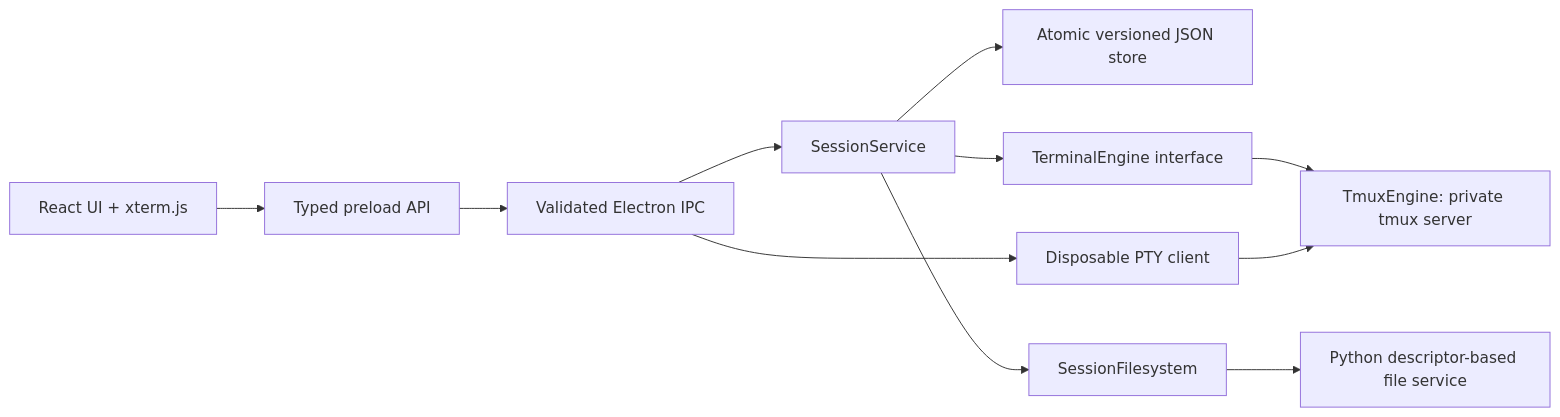
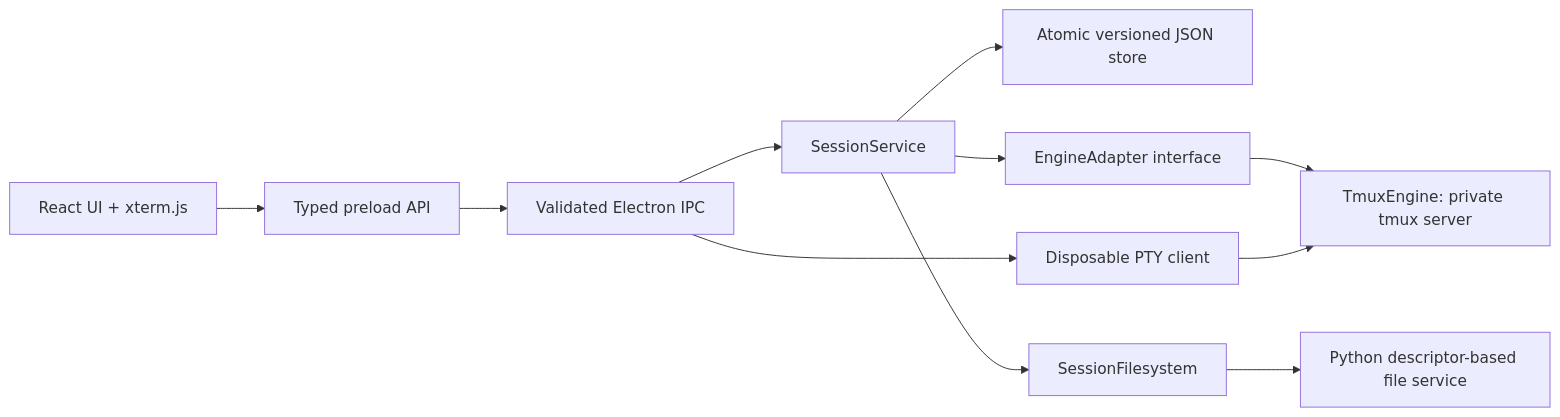
The diagram in docs/architecture.md (Shakilkhan24/AGENT-OS), drawn with Mermaid before and after one commit. The commit also changed other lines of this file and 12 other files, not shown here.

````diff
--- a/docs/architecture.md
+++ b/docs/architecture.md
@@ -5,13 +5,13 @@
 ```mermaid
 flowchart LR
   UI[React UI + xterm.js] --> Bridge[Typed preload API]
   Bridge --> IPC[Validated Electron IPC]
   IPC --> Sessions[SessionService]
   Sessions --> Store[Atomic versioned JSON store]
-  Sessions --> Engine[TerminalEngine interface]
+  Sessions --> Engine[EngineAdapter interface]
   Engine --> Tmux[TmuxEngine: private tmux server]
   IPC --> Attach[Disposable PTY client]
   Attach --> Tmux
   Sessions --> FS[SessionFilesystem]
   FS --> Helper[Python descriptor-based file service]
 ```
````
